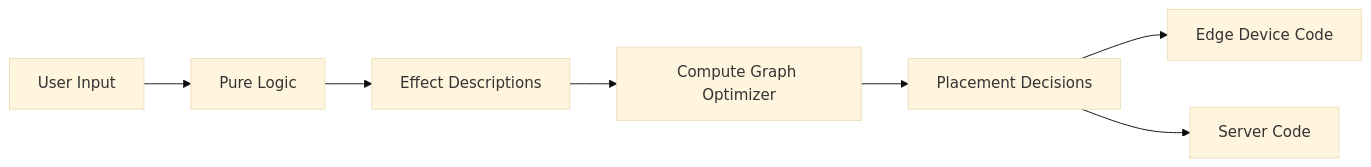
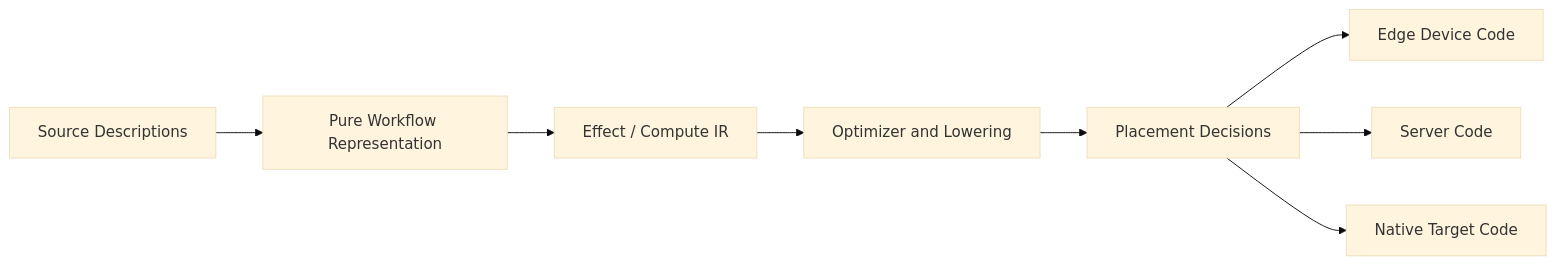
Before and after one commit to Tuee22/effectful: the second of 2 diagrams in documents/dsl/intro.md, drawn with Mermaid (base theme). The commit also changed other lines of this file and 8 other files, not shown here.

````diff
--- a/documents/dsl/intro.md
+++ b/documents/dsl/intro.md
@@ -172,9 +196,10 @@
 ```mermaid
 flowchart LR
-  Input["User Input"] --> Logic["Pure Logic"]
-  Logic --> Effects["Effect Descriptions"]
-  Effects --> Optimizer["Compute Graph Optimizer"]
+  Input["Source Descriptions"] --> Logic["Pure Workflow Representation"]
+  Logic --> Effects["Effect / Compute IR"]
+  Effects --> Optimizer["Optimizer and Lowering"]
   Optimizer --> Placement["Placement Decisions"]
   Placement --> Edge["Edge Device Code"]
   Placement --> Server["Server Code"]
+  Placement --> Native["Native Target Code"]
 ```
````
